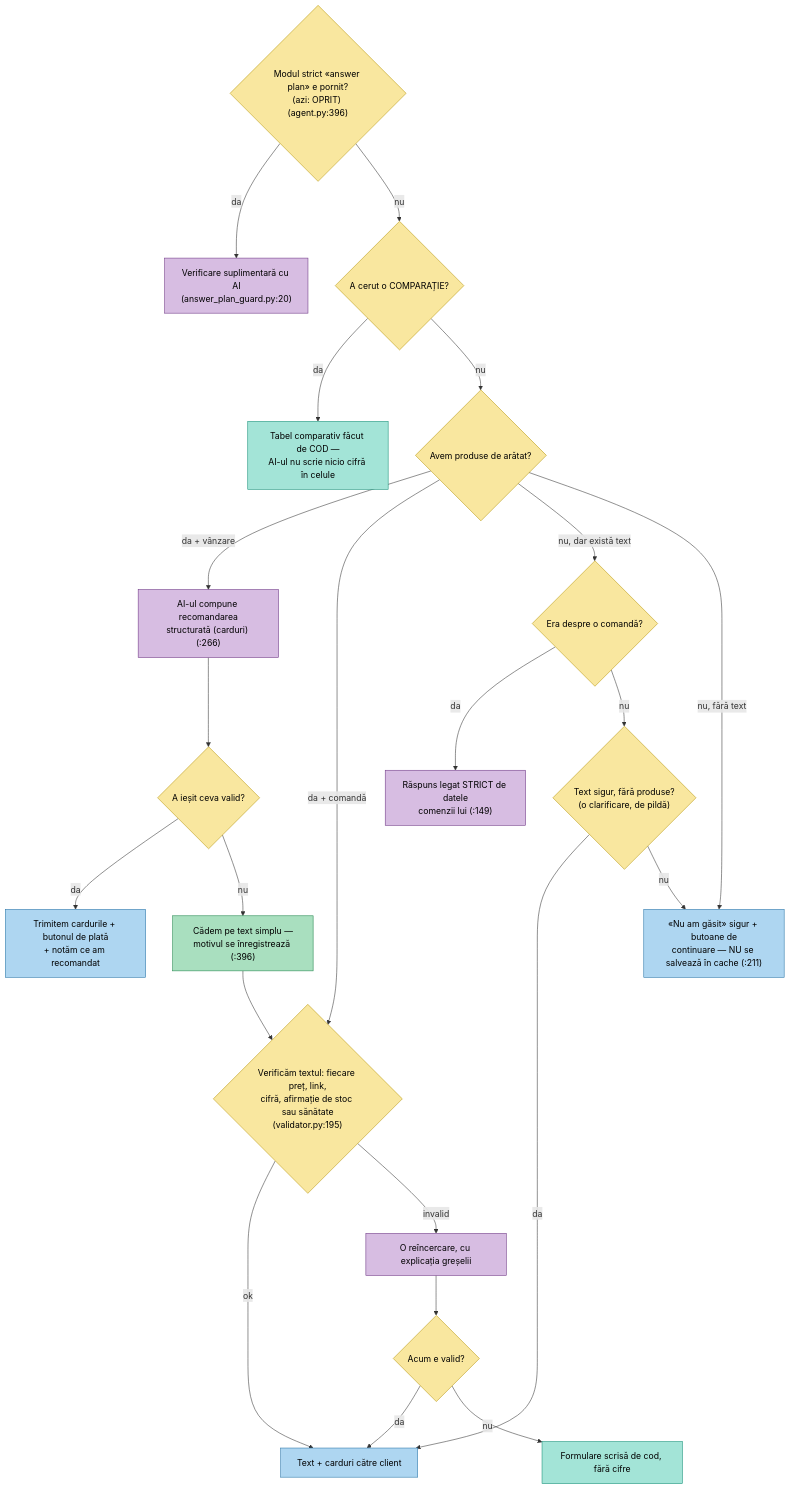
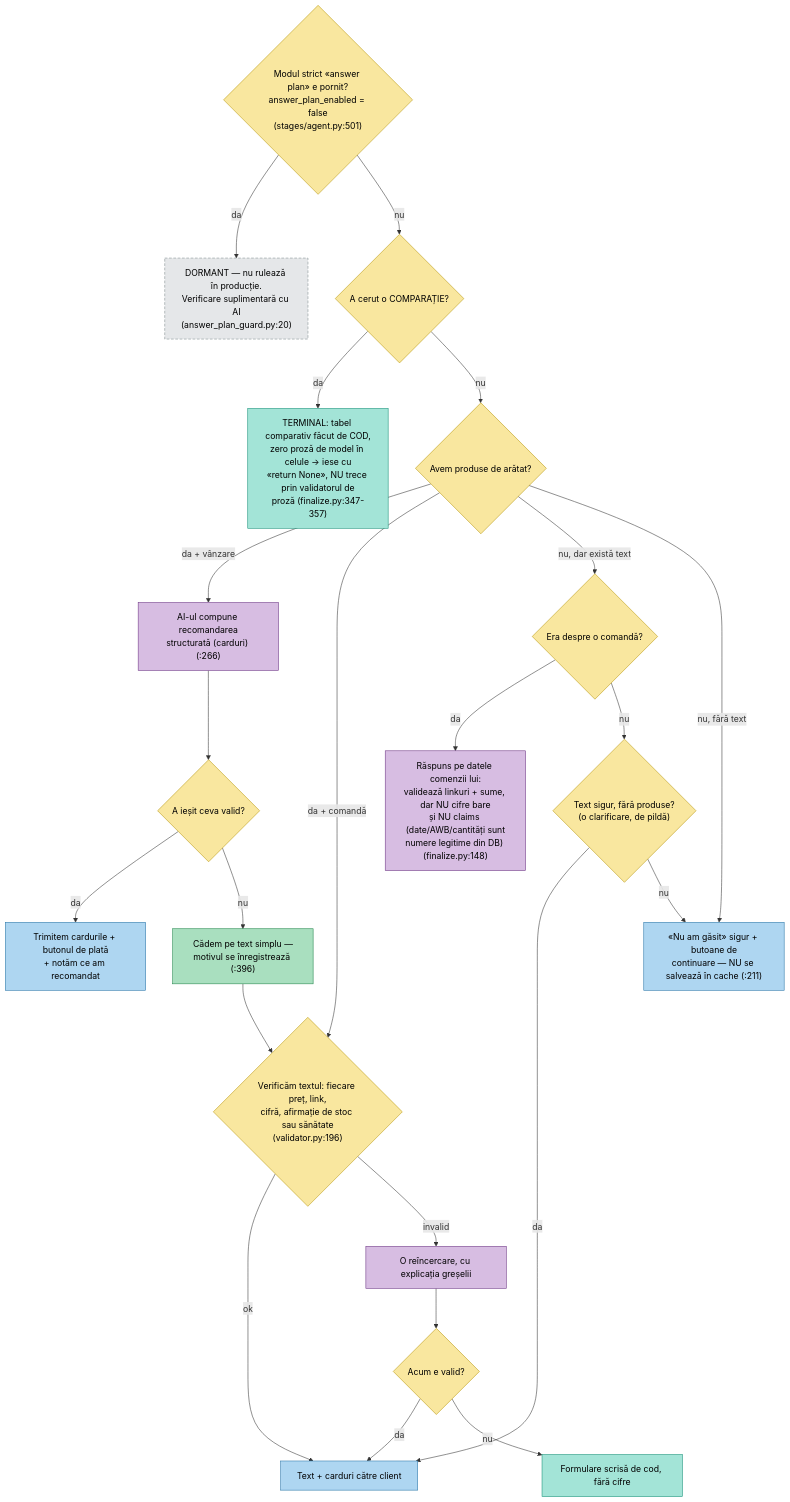
One commit to AdiBoaru/Sales-Ass changed the diagram in docs/diagrams/04b-3-faza-f-render.mmd. Above: the diagram before and after it, drawn with Mermaid. The commit also changed 12 other files, not shown here.

```diff
--- a/docs/diagrams/04b-3-faza-f-render.mmd
+++ b/docs/diagrams/04b-3-faza-f-render.mmd
@@ -1,48 +1,49 @@
 %% GENERAT din docs/ARCHITECTURE-WORKFLOWS.md — nu edita doar aici.
 %% Regenerare: python scripts/export_diagrams.py
 %% Editare vizuală: https://mermaid.live (paste tot fișierul)
 %% Diagram 4b — Agent Stage Internals (fazele A–F după modularizare) · figura 3 (faza-f-render)
 flowchart TD
   classDef dec fill:#f9e79f,stroke:#b7950b,color:#000
   classDef llm fill:#d7bde2,stroke:#6c3483,color:#000
   classDef free fill:#a3e4d7,stroke:#148f77,color:#000
   classDef out fill:#aed6f1,stroke:#2874a6,color:#000
   classDef step fill:#a9dfbf,stroke:#1e8449,color:#000
+  classDef dorm fill:#e5e7e9,stroke:#7f8c8d,color:#000,stroke-dasharray: 5 3
 
-  APLAN{"Modul strict «answer plan» e pornit?<br/>(azi: OPRIT) (agent.py:396)"}:::dec
-  AGUARD["Verificare suplimentară cu AI<br/>(answer_plan_guard.py:20)"]:::llm
+  APLAN{"Modul strict «answer plan» e pornit?<br/>answer_plan_enabled = false<br/>(stages/agent.py:501)"}:::dec
+  AGUARD["DORMANT — nu rulează în producție.<br/>Verificare suplimentară cu AI<br/>(answer_plan_guard.py:20)"]:::dorm
   CMPD{"A cerut o COMPARAȚIE?"}:::dec
-  CTAB["Tabel comparativ făcut de COD —<br/>AI-ul nu scrie nicio cifră în celule"]:::free
+  CTAB["TERMINAL: tabel comparativ făcut de COD,<br/>zero proză de model în celule → iese cu<br/>«return None», NU trece prin validatorul de<br/>proză (finalize.py:347-357)"]:::free
   PRD{"Avem produse de arătat?"}:::dec
   RICHC["AI-ul compune recomandarea<br/>structurată (carduri) (:266)"]:::llm
   ROK{"A ieșit ceva valid?"}:::dec
   RICHOUT["Trimitem cardurile + butonul de plată<br/>+ notăm ce am recomandat"]:::out
   DOWN["Cădem pe text simplu —<br/>motivul se înregistrează (:396)"]:::step
-  VALID{"Verificăm textul: fiecare preț, link,<br/>cifră, afirmație de stoc sau sănătate<br/>(validator.py:195)"}:::dec
+  VALID{"Verificăm textul: fiecare preț, link,<br/>cifră, afirmație de stoc sau sănătate<br/>(validator.py:196)"}:::dec
   RETRY["O reîncercare, cu explicația greșelii"]:::llm
   V2{"Acum e valid?"}:::dec
   DETR["Formulare scrisă de cod, fără cifre"]:::free
   PROSE["Text + carduri către client"]:::out
   ORD{"Era despre o comandă?"}:::dec
-  GRND["Răspuns legat STRICT de datele<br/>comenzii lui (:149)"]:::llm
+  GRND["Răspuns pe datele comenzii lui:<br/>validează linkuri + sume, dar NU cifre bare<br/>și NU claims (date/AWB/cantități sunt<br/>numere legitime din DB) (finalize.py:148)"]:::llm
   TXTOK{"Text sigur, fără produse?<br/>(o clarificare, de pildă)"}:::dec
   NORES["«Nu am găsit» sigur + butoane de<br/>continuare — NU se salvează în cache (:211)"]:::out
 
   APLAN -- da --> AGUARD
   APLAN -- nu --> CMPD
   CMPD -- da --> CTAB
   CMPD -- nu --> PRD
   PRD -- "da + vânzare" --> RICHC --> ROK
   ROK -- da --> RICHOUT
   ROK -- nu --> DOWN --> VALID
   PRD -- "da + comandă" --> VALID
   VALID -- ok --> PROSE
   VALID -- invalid --> RETRY --> V2
   V2 -- da --> PROSE
   V2 -- nu --> DETR
   PRD -- "nu, dar există text" --> ORD
   ORD -- da --> GRND
   ORD -- nu --> TXTOK
   TXTOK -- da --> PROSE
   TXTOK -- nu --> NORES
   PRD -- "nu, fără text" --> NORES
```
